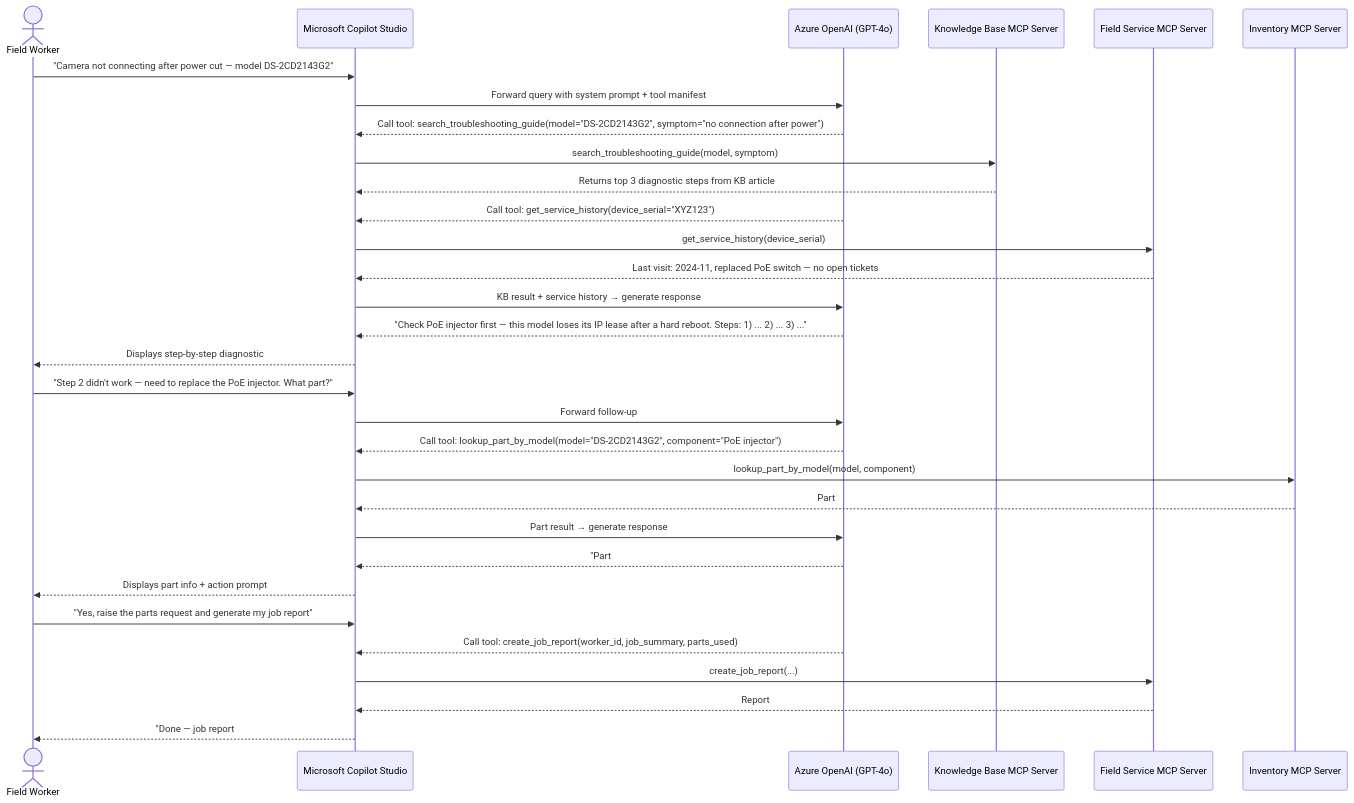
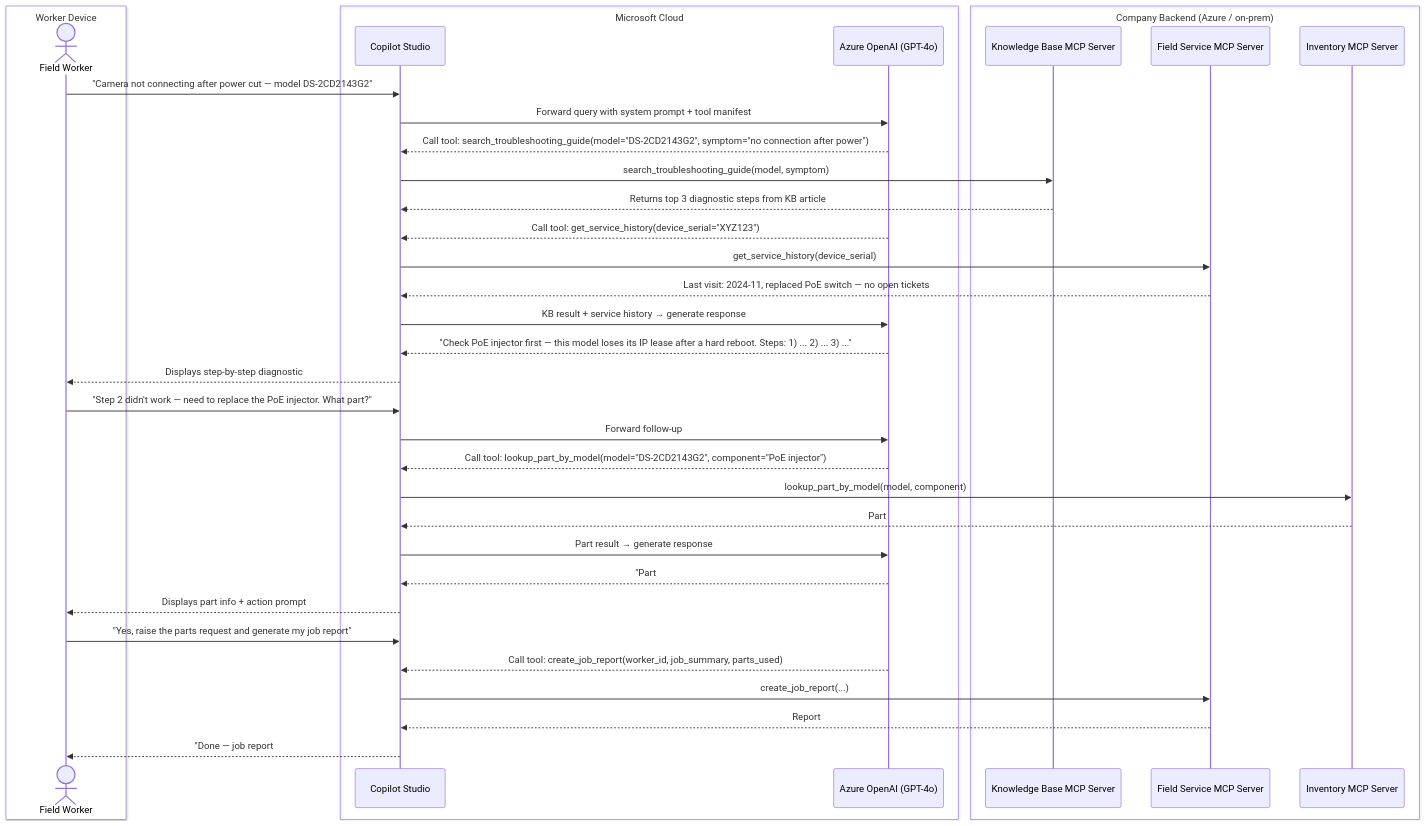
Before and after one commit to vikasparth/restaurant-main: the first of 2 diagrams in docs/side-project-architecture.md, drawn with Mermaid.

Commit message:
docs: add deployment zones to field worker sequence diagram
Shows which participants run on device, Microsoft cloud,
and company backend — makes MCP server hosting location explicit.

````diff
--- a/docs/side-project-architecture.md
+++ b/docs/side-project-architecture.md
@@ -83,39 +83,45 @@
 ```mermaid
 sequenceDiagram
-    actor FW as Field Worker
-    participant Copilot as Microsoft Copilot Studio
-    participant LLM as Azure OpenAI (GPT-4o)
-    participant KB as Knowledge Base MCP Server
-    participant FS as Field Service MCP Server
-    participant INV as Inventory MCP Server
+    box Field Worker Device
+        actor FW as Field Worker
+    end
+    box Microsoft Cloud
+        participant Copilot as Copilot Studio
+        participant LLM as Azure OpenAI (GPT-4o)
+    end
+    box Company Backend (Azure / on-prem)
+        participant KB as Knowledge Base MCP Server
+        participant FS as Field Service MCP Server
+        participant INV as Inventory MCP Server
+    end
 
     FW->>Copilot: "Camera not connecting after power cut — model DS-2CD2143G2"
     Copilot->>LLM: Forward query with system prompt + tool manifest
     LLM-->>Copilot: Call tool: search_troubleshooting_guide(model="DS-2CD2143G2", symptom="no connection after power")
     Copilot->>KB: search_troubleshooting_guide(model, symptom)
     KB-->>Copilot: Returns top 3 diagnostic steps from KB article #4821
 
     LLM-->>Copilot: Call tool: get_service_history(device_serial="XYZ123")
     Copilot->>FS: get_service_history(device_serial)
     FS-->>Copilot: Last visit: 2024-11, replaced PoE switch — no open tickets
 
     Copilot->>LLM: KB result + service history → generate response
     LLM-->>Copilot: "Check PoE injector first — this model loses its IP lease after a hard reboot. Steps: 1) ... 2) ... 3) ..."
     Copilot-->>FW: Displays step-by-step diagnostic
 
     FW->>Copilot: "Step 2 didn't work — need to replace the PoE injector. What part?"
     Copilot->>LLM: Forward follow-up
     LLM-->>Copilot: Call tool: lookup_part_by_model(model="DS-2CD2143G2", component="PoE injector")
     Copilot->>INV: lookup_part_by_model(model, component)
     INV-->>Copilot: Part #POE-48V-15W, in stock at Bristol depot (3 units)
 
     Copilot->>LLM: Part result → generate response
     LLM-->>Copilot: "Part #POE-48V-15W — 3 in stock at Bristol depot. Want me to raise a parts request?"
     Copilot-->>FW: Displays part info + action prompt
 
     FW->>Copilot: "Yes, raise the parts request and generate my job report"
     LLM-->>Copilot: Call tool: create_job_report(worker_id, job_summary, parts_used)
     Copilot->>FS: create_job_report(...)
     FS-->>Copilot: Report #JR-20240502-089 created
     Copilot-->>FW: "Done — job report #JR-20240502-089 submitted, parts request raised."
 ```
````
